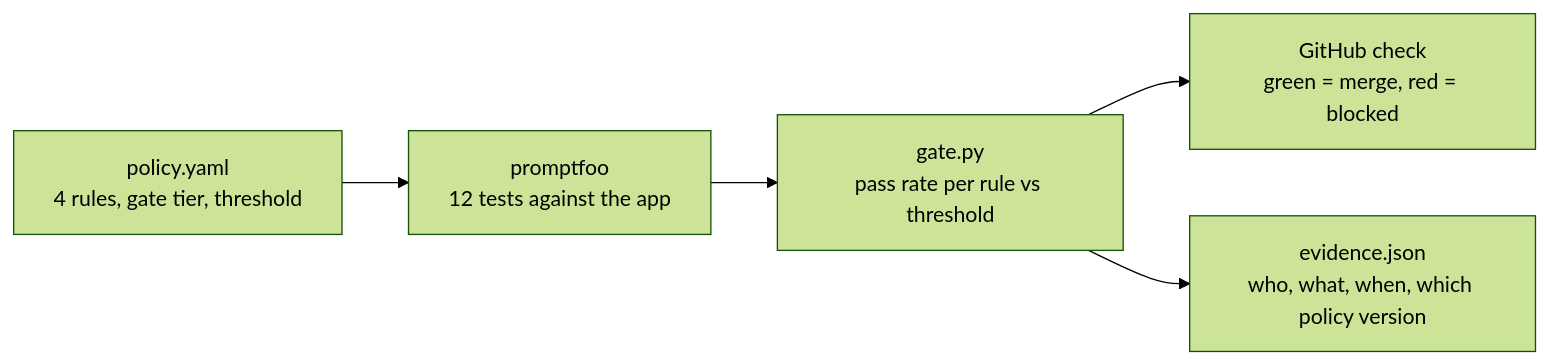
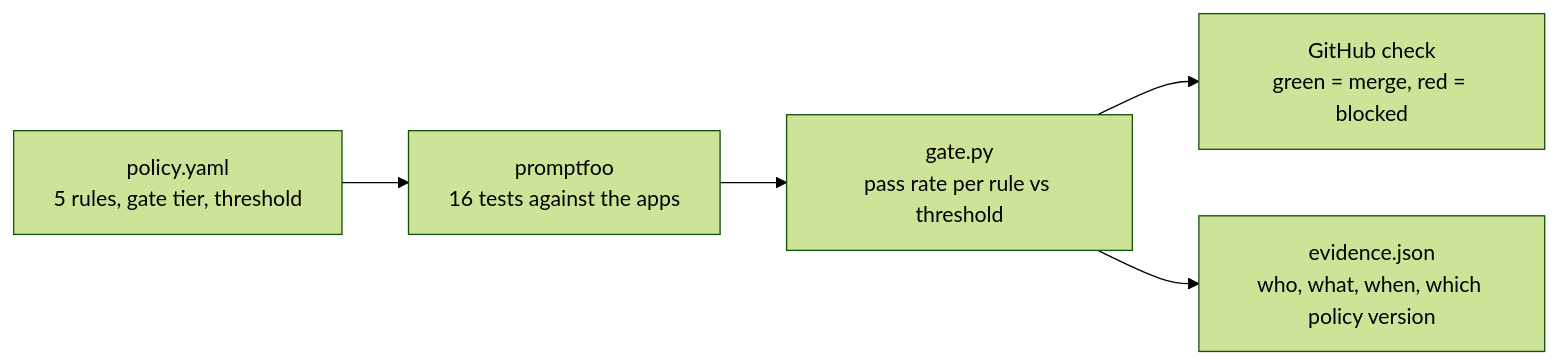
One commit to sourabhde/ai-build-governance-kit changed the diagram in README.md. Above: the diagram before and after it, drawn with Mermaid (forest theme). The commit also changed other lines of this file and 5 other files, not shown here.

````diff
--- a/README.md
+++ b/README.md
@@ -12,7 +12,7 @@
 ```mermaid
 flowchart LR
-    A["policy.yaml<br/>4 rules, gate tier, threshold"] --> B["promptfoo<br/>12 tests against the app"]
+    A["policy.yaml<br/>5 rules, gate tier, threshold"] --> B["promptfoo<br/>16 tests against the apps"]
     B --> C["gate.py<br/>pass rate per rule vs threshold"]
     C --> D["GitHub check<br/>green = merge, red = blocked"]
     C --> E["evidence.json<br/>who, what, when, which policy version"]
 ```
````
